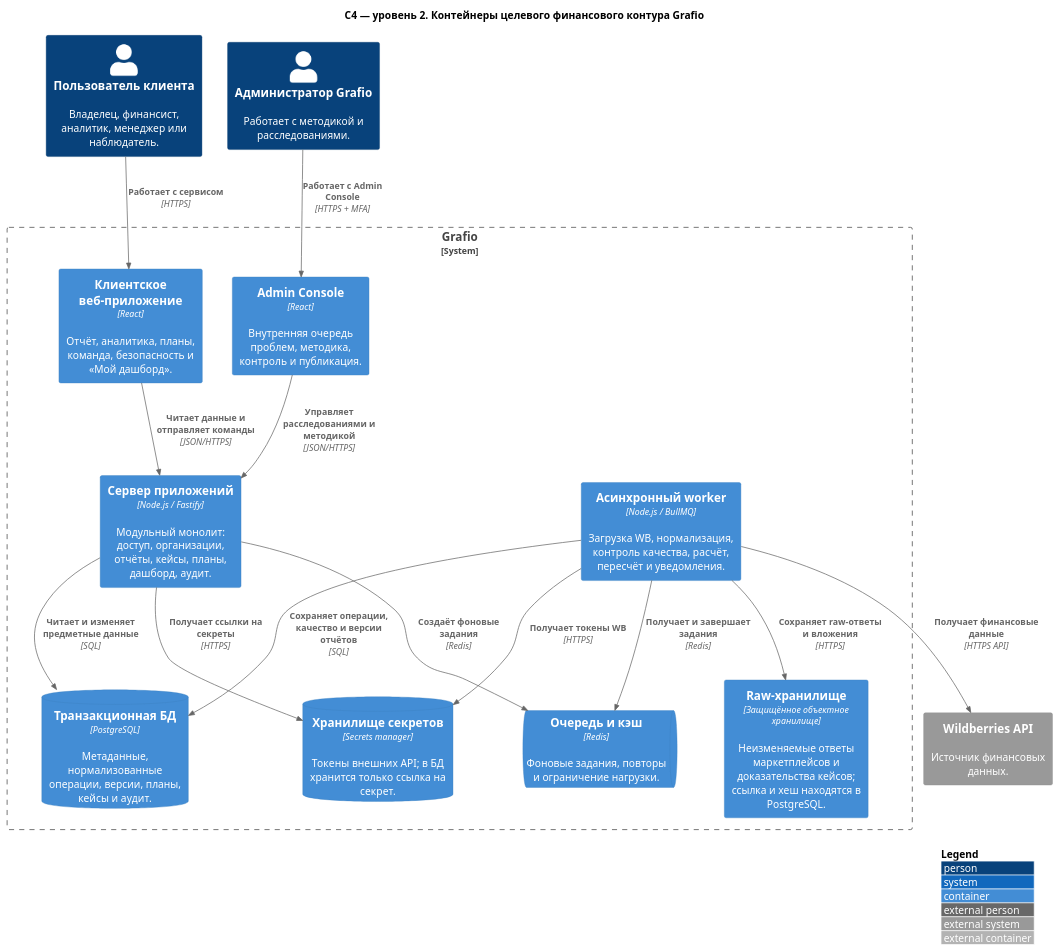
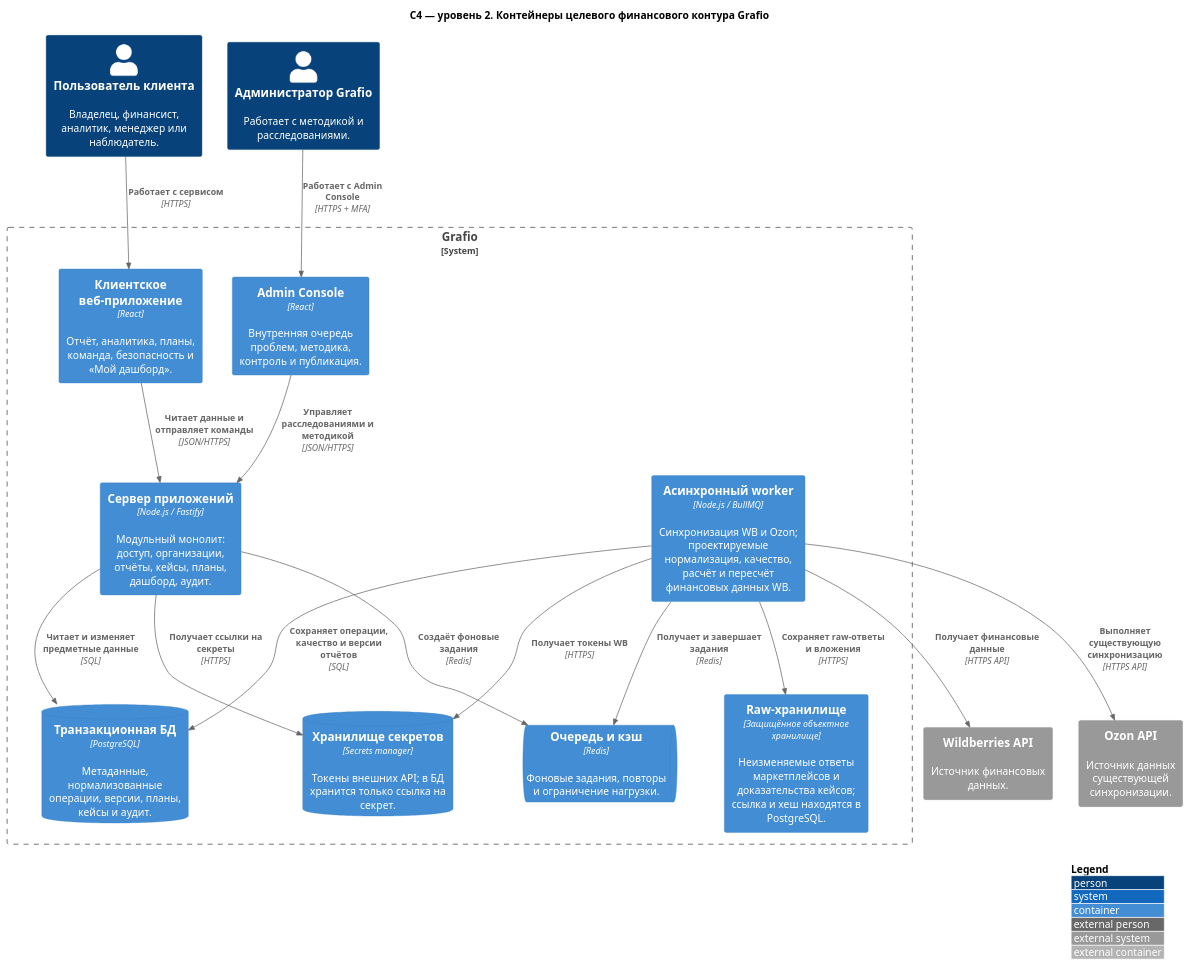
Before and after one commit to onlyuncia/grafio-product-docs: the diagram in docs/architecture/c4/02-container.puml, drawn with PlantUML. The commit also changed 4 other files, not shown here.

Commit message:
docs: show existing Ozon integration in system context

```diff
--- a/docs/architecture/c4/02-container.puml
+++ b/docs/architecture/c4/02-container.puml
@@ -1,35 +1,37 @@
 @startuml
 !includeurl https://raw.githubusercontent.com/plantuml-stdlib/C4-PlantUML/master/C4_Container.puml
 
 LAYOUT_WITH_LEGEND()
 title C4 — уровень 2. Контейнеры целевого финансового контура Grafio
 
 Person(client, "Пользователь клиента", "Владелец, финансист, аналитик, менеджер или наблюдатель.")
 Person(admin, "Администратор Grafio", "Работает с методикой и расследованиями.")
 System_Ext(wb, "Wildberries API", "Источник финансовых данных.")
+System_Ext(ozon, "Ozon API", "Источник данных существующей синхронизации.")
 
 System_Boundary(grafio, "Grafio") {
   Container(web, "Клиентское веб-приложение", "React", "Отчёт, аналитика, планы, команда, безопасность и «Мой дашборд».")
   Container(adminWeb, "Admin Console", "React", "Внутренняя очередь проблем, методика, контроль и публикация.")
   Container(api, "Сервер приложений", "Node.js / Fastify", "Модульный монолит: доступ, организации, отчёты, кейсы, планы, дашборд, аудит.")
-  Container(worker, "Асинхронный worker", "Node.js / BullMQ", "Загрузка WB, нормализация, контроль качества, расчёт, пересчёт и уведомления.")
+  Container(worker, "Асинхронный worker", "Node.js / BullMQ", "Синхронизация WB и Ozon; проектируемые нормализация, качество, расчёт и пересчёт финансовых данных WB.")
   ContainerDb(db, "Транзакционная БД", "PostgreSQL", "Метаданные, нормализованные операции, версии, планы, кейсы и аудит.")
   ContainerQueue(queue, "Очередь и кэш", "Redis", "Фоновые задания, повторы и ограничение нагрузки.")
   Container(raw, "Raw-хранилище", "Защищённое объектное хранилище", "Неизменяемые ответы маркетплейсов и доказательства кейсов; ссылка и хеш находятся в PostgreSQL.")
   ContainerDb(secrets, "Хранилище секретов", "Secrets manager", "Токены внешних API; в БД хранится только ссылка на секрет.")
 }
 
 Rel(client, web, "Работает с сервисом", "HTTPS")
 Rel(admin, adminWeb, "Работает с Admin Console", "HTTPS + MFA")
 Rel(web, api, "Читает данные и отправляет команды", "JSON/HTTPS")
 Rel(adminWeb, api, "Управляет расследованиями и методикой", "JSON/HTTPS")
 Rel(api, db, "Читает и изменяет предметные данные", "SQL")
 Rel(api, queue, "Создаёт фоновые задания", "Redis")
 Rel(api, secrets, "Получает ссылки на секреты", "HTTPS")
 Rel(worker, queue, "Получает и завершает задания", "Redis")
 Rel(worker, wb, "Получает финансовые данные", "HTTPS API")
+Rel(worker, ozon, "Выполняет существующую синхронизацию", "HTTPS API")
 Rel(worker, raw, "Сохраняет raw-ответы и вложения", "HTTPS")
 Rel(worker, db, "Сохраняет операции, качество и версии отчётов", "SQL")
 Rel(worker, secrets, "Получает токены WB", "HTTPS")
 
 @enduml
```
